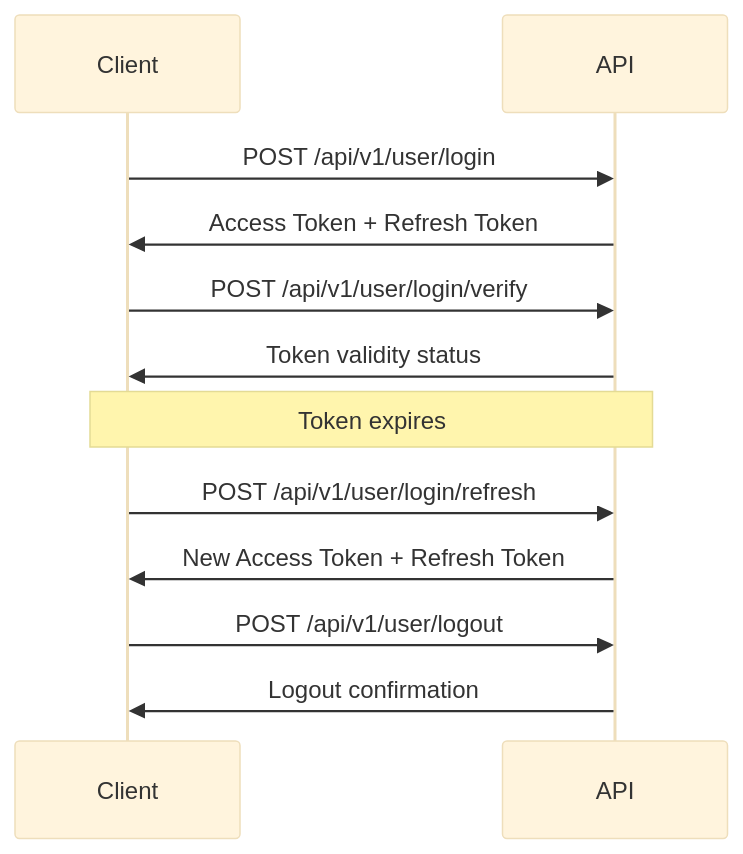
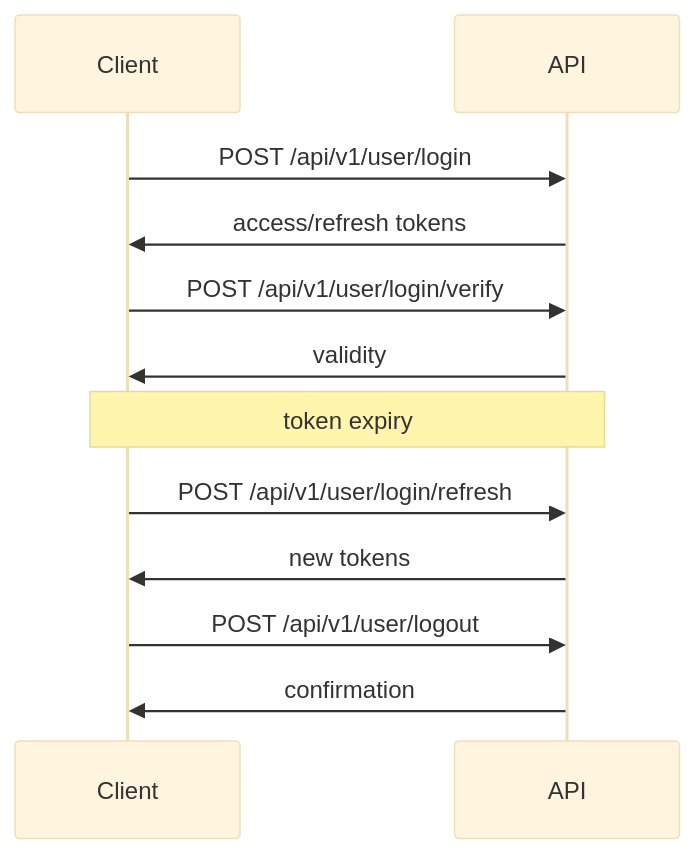
Before and after one commit to robbiekruszynski/ETHGas_Docs: the diagram in docs/api/authentication/index.md, drawn with Mermaid (base theme). The commit also changed other lines of this file and 48 other files, not shown here.

````diff
--- a/docs/api/authentication/index.md
+++ b/docs/api/authentication/index.md
@@ -20,18 +20,14 @@
 ```mermaid
 sequenceDiagram
     participant Client
     participant API
-    
     Client->>API: POST /api/v1/user/login
-    API->>Client: Access Token + Refresh Token
-    
+    API->>Client: access/refresh tokens
     Client->>API: POST /api/v1/user/login/verify
-    API->>Client: Token validity status
-    
-    Note over Client,API: Token expires
+    API->>Client: validity
+    Note over Client,API: token expiry
     Client->>API: POST /api/v1/user/login/refresh
-    API->>Client: New Access Token + Refresh Token
-    
+    API->>Client: new tokens
     Client->>API: POST /api/v1/user/logout
-    API->>Client: Logout confirmation
+    API->>Client: confirmation
 ```
````
